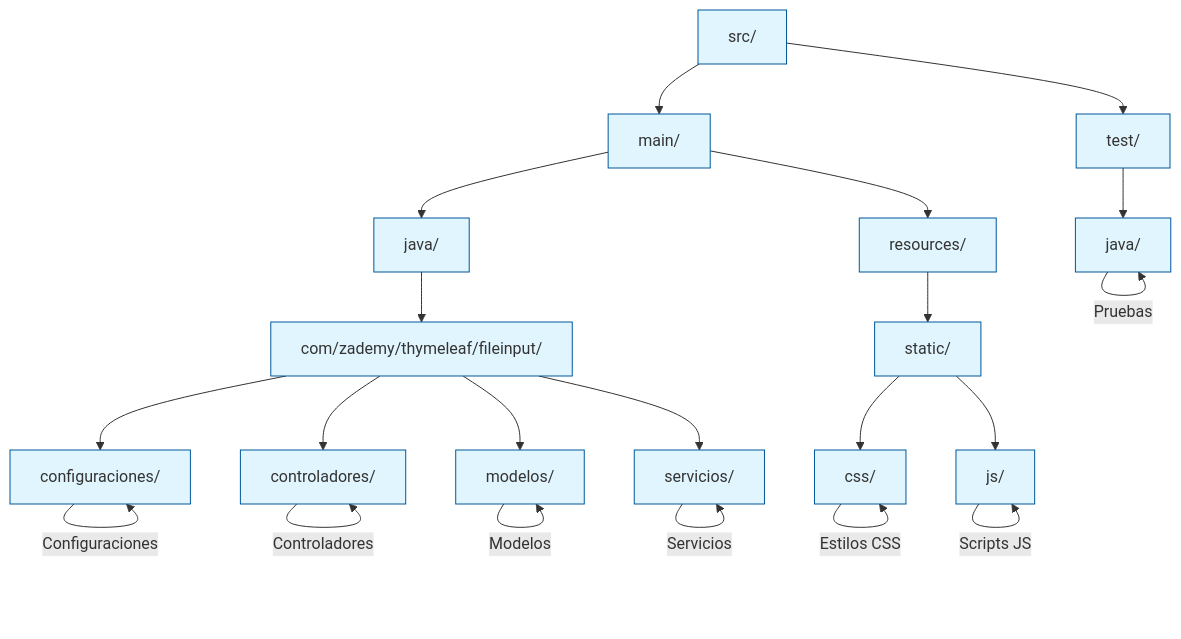
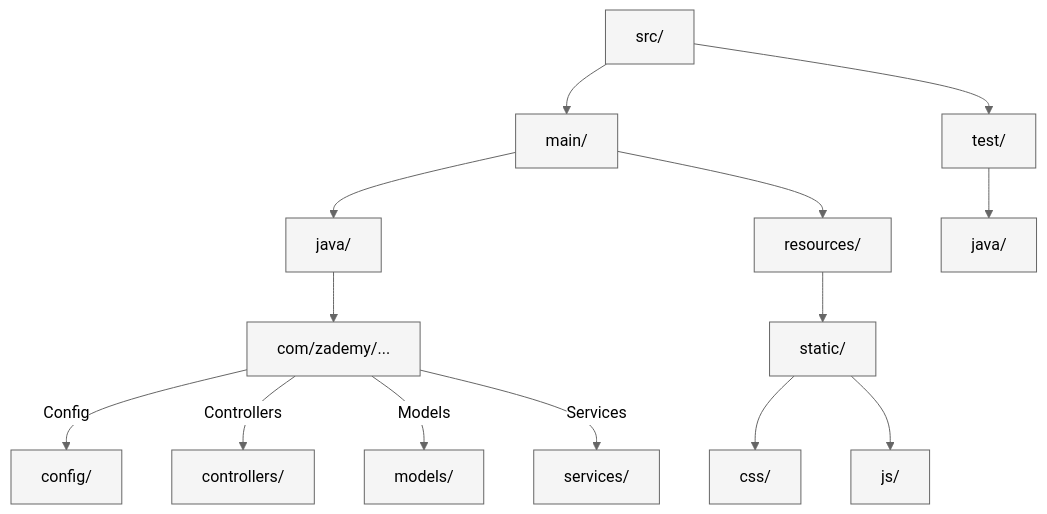
The third of 3 diagrams in docs/diagrams.rst (zademy/thymeleaf-fileinput-minio), drawn with Mermaid before and after one commit. The commit also changed other lines of this file, not shown here.

```diff
--- a/docs/diagrams.rst
+++ b/docs/diagrams.rst
@@ -67,38 +65,21 @@
 .. mermaid::
    :caption: Estructura de Directorios
 
-   %%{init: {'theme': 'default'}}%%
+   %%{init: {'theme': 'neutral'}}%%
    graph TD
        A[src/] --> B[main/]
        A --> C[test/]
        B --> B1[java/]
        B --> B2[resources/]
-       B1 --> B1A[com/zademy/thymeleaf/fileinput/]
-       B1A --> B1A1[configuraciones/]
-       B1A --> B1A2[controladores/]
-       B1A --> B1A3[modelos/]
-       B1A --> B1A4[servicios/]
+       B1 --> B1A[com/zademy/...]
+       B1A -->|Config| B1A1[config/]
+       B1A -->|Controllers| B1A2[controllers/]
+       B1A -->|Models| B1A3[models/]
+       B1A -->|Services| B1A4[services/]
        B2 --> B2A[static/]
        B2A --> B2A1[css/]
        B2A --> B2A2[js/]
        C --> C1[java/]
        
-       classDef folder fill:#e1f5fe,stroke:#01579b,stroke-width:1px
-       class A,B,C,B1,B2,B1A,B2A,C1 folder
-       
-       %% Comentarios
-       B1A1:::folder
-       B1A2:::folder
-       B1A3:::folder
-       B1A4:::folder
-       B2A1:::folder
-       B2A2:::folder
-       
-       %% Añadir etiquetas
-       B1A1:::folder -->|Configuraciones| B1A1
-       B1A2:::folder -->|Controladores| B1A2
-       B1A3:::folder -->|Modelos| B1A3
-       B1A4:::folder -->|Servicios| B1A4
-       B2A1:::folder -->|Estilos CSS| B2A1
-       B2A2:::folder -->|Scripts JS| B2A2
-       C1:::folder -->|Pruebas| C1
+       classDef folder fill:#f5f5f5,stroke:#666
+       class A,B,C,B1,B2,B1A,B2A,C1,B1A1,B1A2,B1A3,B1A4,B2A1,B2A2 folder
```
